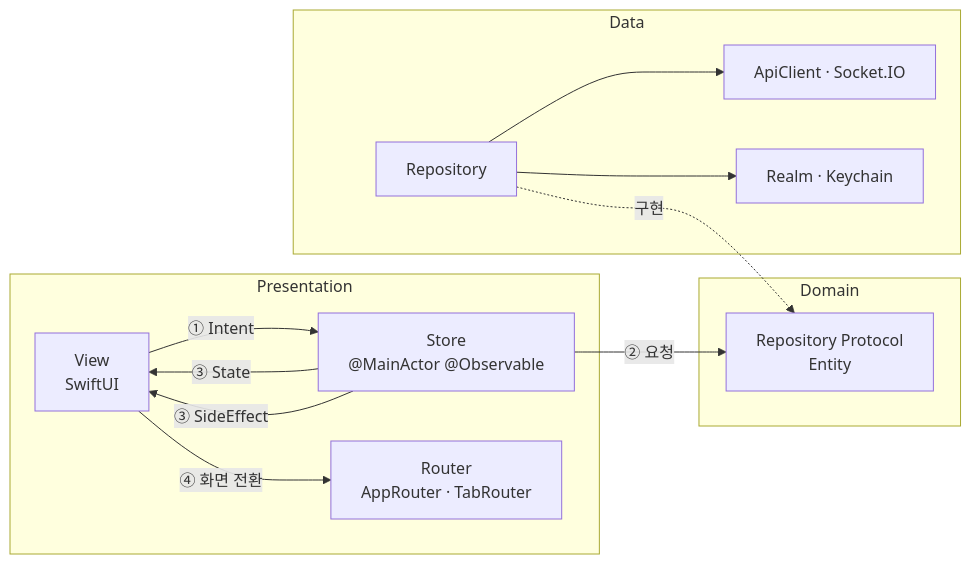
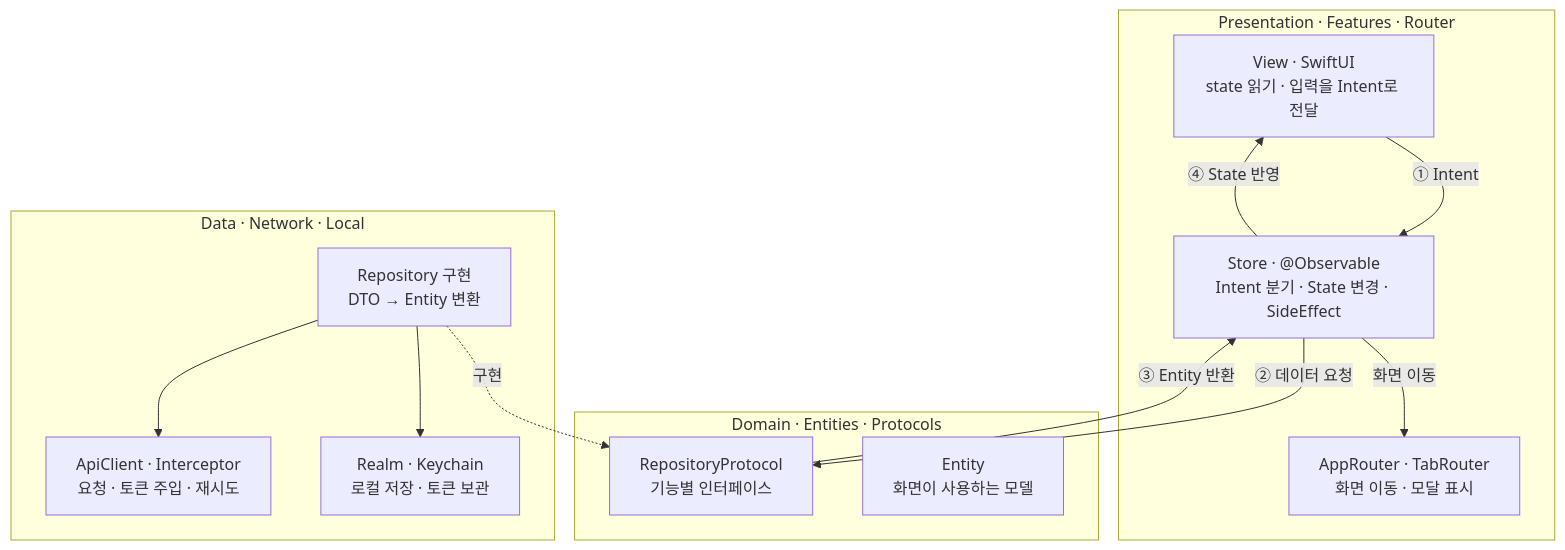
Before and after one commit to Maekiee/FlowLab: the first of 10 diagrams in README.md, drawn with Mermaid. The commit also changed other lines of this file, not shown here.

````diff
--- a/README.md
+++ b/README.md
@@ -60,25 +65,26 @@
 ```mermaid
-flowchart LR
-    subgraph Presentation
-        View["View<br/>SwiftUI"]
-        Store["Store<br/>@MainActor @Observable"]
-        Router["Router<br/>AppRouter · TabRouter"]
+flowchart TB
+    subgraph PRES["Presentation · Features · Router"]
+        View["View · SwiftUI<br/>state 읽기 · 입력을 Intent로 전달"]
+        Store["Store · @Observable<br/>Intent 분기 · State 변경 · SideEffect"]
+        Router["AppRouter · TabRouter<br/>화면 이동 · 모달 표시"]
     end
-    subgraph Domain
-        Proto["Repository Protocol<br/>Entity"]
+    subgraph DOM["Domain · Entities · Protocols"]
+        Proto["RepositoryProtocol<br/>기능별 인터페이스"]
+        Entity["Entity<br/>화면이 사용하는 모델"]
     end
-    subgraph Data
-        Repo["Repository"]
-        Remote["ApiClient · Socket.IO"]
-        Local["Realm · Keychain"]
+    subgraph DATA["Data · Network · Local"]
+        Repo["Repository 구현<br/>DTO → Entity 변환"]
+        Api["ApiClient · Interceptor<br/>요청 · 토큰 주입 · 재시도"]
+        Local["Realm · Keychain<br/>로컬 저장 · 토큰 보관"]
     end
 
     View -- "① Intent" --> Store
-    Store -- "② 요청" --> Proto
+    Store -- "④ State 반영" --> View
+    Store -- "화면 이동" --> Router
+    Store -- "② 데이터 요청" --> Proto
+    Proto -- "③ Entity 반환" --> Store
     Repo -.->|"구현"| Proto
-    Repo --> Remote
+    Repo --> Api
     Repo --> Local
-    Store -- "③ State" --> View
-    Store -- "③ SideEffect" --> View
-    View -- "④ 화면 전환" --> Router
 ```
````
